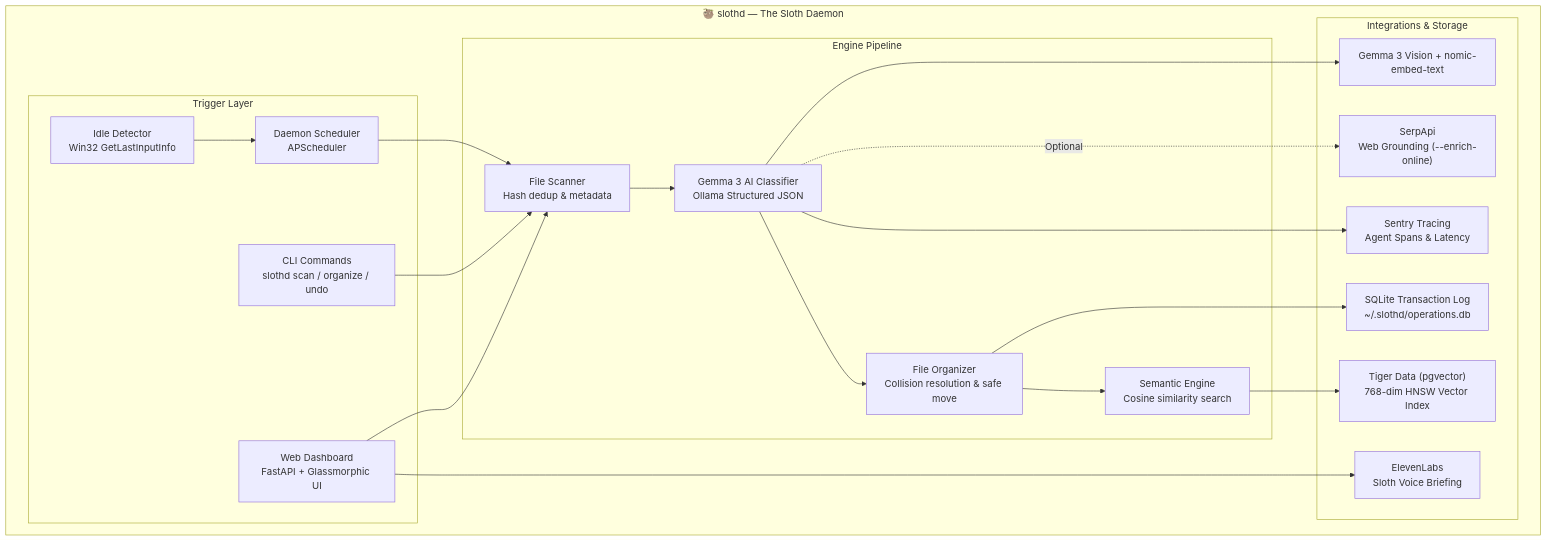
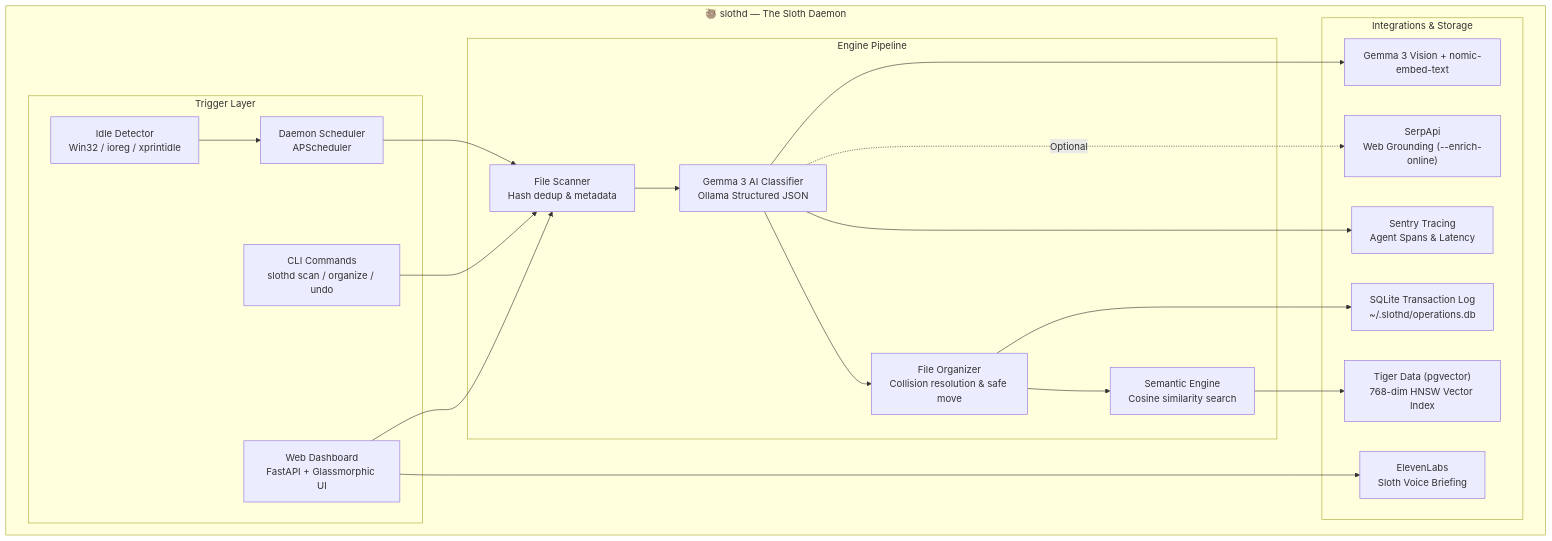
The diagram in README.md (JaniDhruv/slothd), drawn with Mermaid before and after one commit. The commit also changed other lines of this file and 8 other files, not shown here.

````diff
--- a/README.md
+++ b/README.md
@@ -37,41 +37,41 @@
 ```mermaid
 graph TB
     subgraph "🦥 slothd — The Sloth Daemon"
         subgraph "Trigger Layer"
-            IDLE["Idle Detector<br/>Win32 GetLastInputInfo"]
+            IDLE["Idle Detector<br/>Win32 / ioreg / xprintidle"]
             DAEMON["Daemon Scheduler<br/>APScheduler"]
             CLI["CLI Commands<br/>slothd scan / organize / undo"]
             WEB_UI["Web Dashboard<br/>FastAPI + Glassmorphic UI"]
         end
 
         subgraph "Engine Pipeline"
             SCANNER["File Scanner<br/>Hash dedup & metadata"]
             CLASSIFIER["Gemma 3 AI Classifier<br/>Ollama Structured JSON"]
             ORGANIZER["File Organizer<br/>Collision resolution & safe move"]
             SEARCH["Semantic Engine<br/>Cosine similarity search"]
         end
 
         subgraph "Integrations & Storage"
             OLLAMA["Gemma 3 Vision + nomic-embed-text"]
             SQLITE["SQLite Transaction Log<br/>~/.slothd/operations.db"]
             TIGER["Tiger Data (pgvector)<br/>768-dim HNSW Vector Index"]
             SERPAPI["SerpApi<br/>Web Grounding (--enrich-online)"]
             SENTRY["Sentry Tracing<br/>Agent Spans & Latency"]
             ELEVEN["ElevenLabs<br/>Sloth Voice Briefing"]
         end
     end
 
     IDLE --> DAEMON
     DAEMON --> SCANNER
     CLI --> SCANNER
     WEB_UI --> SCANNER
     SCANNER --> CLASSIFIER
     CLASSIFIER --> OLLAMA
     CLASSIFIER -.->|Optional| SERPAPI
     CLASSIFIER --> SENTRY
     CLASSIFIER --> ORGANIZER
     ORGANIZER --> SQLITE
     ORGANIZER --> SEARCH
     SEARCH --> TIGER
     WEB_UI --> ELEVEN
 ```
````
